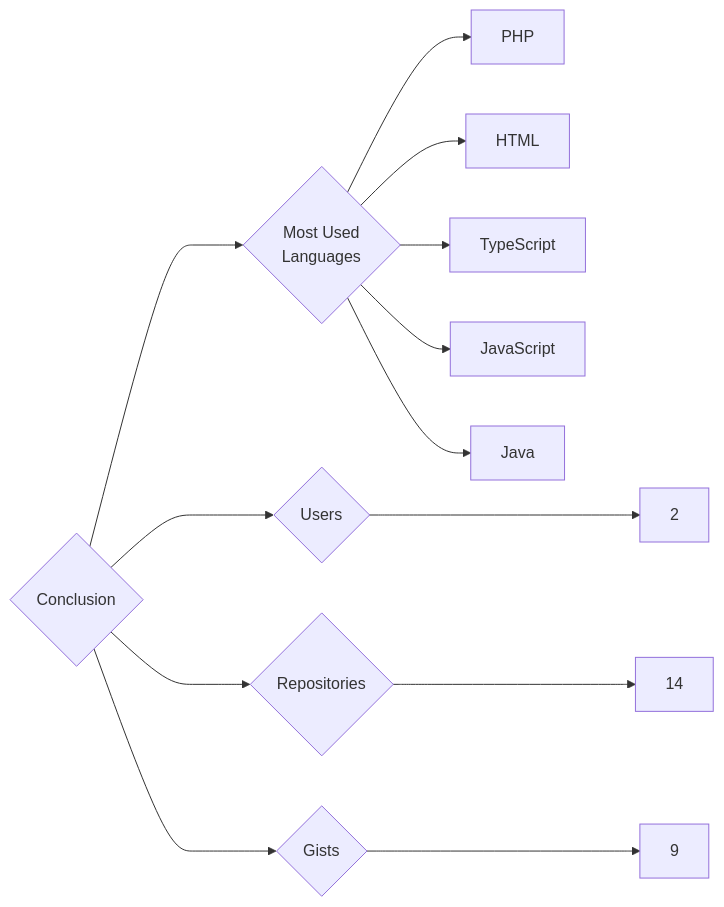
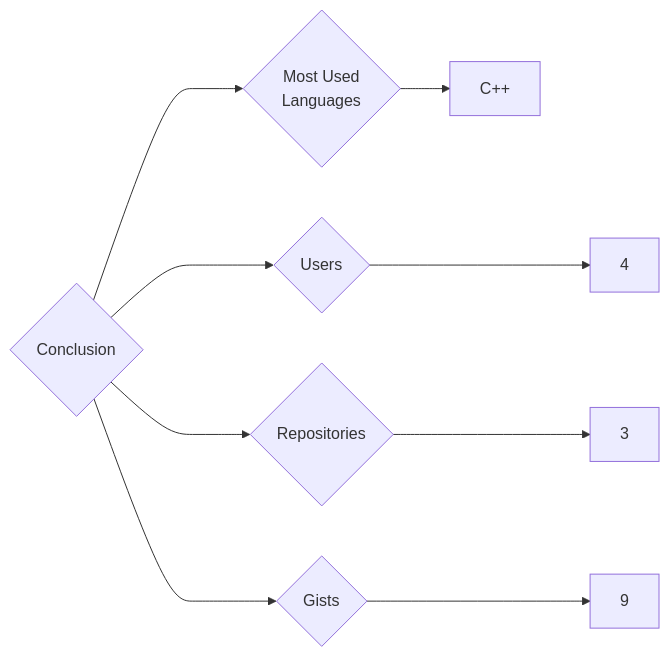
Before and after one commit to trickest/insiders: the diagram in targets/Conclusion/README.md, drawn with Mermaid. The commit also changed 1149 other files, not shown here.

````diff
--- a/targets/Conclusion/README.md
+++ b/targets/Conclusion/README.md
@@ -3,13 +3,9 @@
 ```mermaid
 graph LR
 COMPANY_NAME{Conclusion}
-COMPANY_NAME ---> U{Users} ---> UN[2]
-COMPANY_NAME ---> R{Repositories} ---> RN[14]
+COMPANY_NAME ---> U{Users} ---> UN[4]
+COMPANY_NAME ---> R{Repositories} ---> RN[3]
 COMPANY_NAME ---> G{Gists} ---> GN[9]
 COMPANY_NAME ---> ML{Most Used<br>Languages}
-ML --> PHP[PHP]
-ML --> HTML[HTML]
-ML --> TypeScript[TypeScript]
-ML --> JavaScript[JavaScript]
-ML --> Java[Java]
+ML --> C++[C++]
 ```
````
